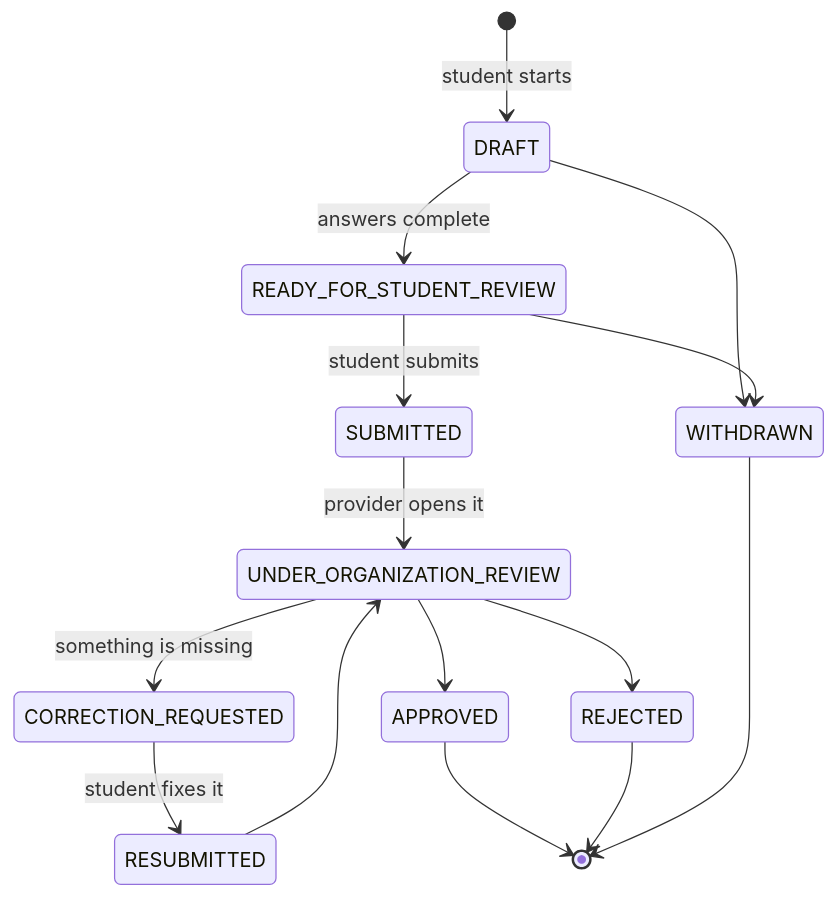
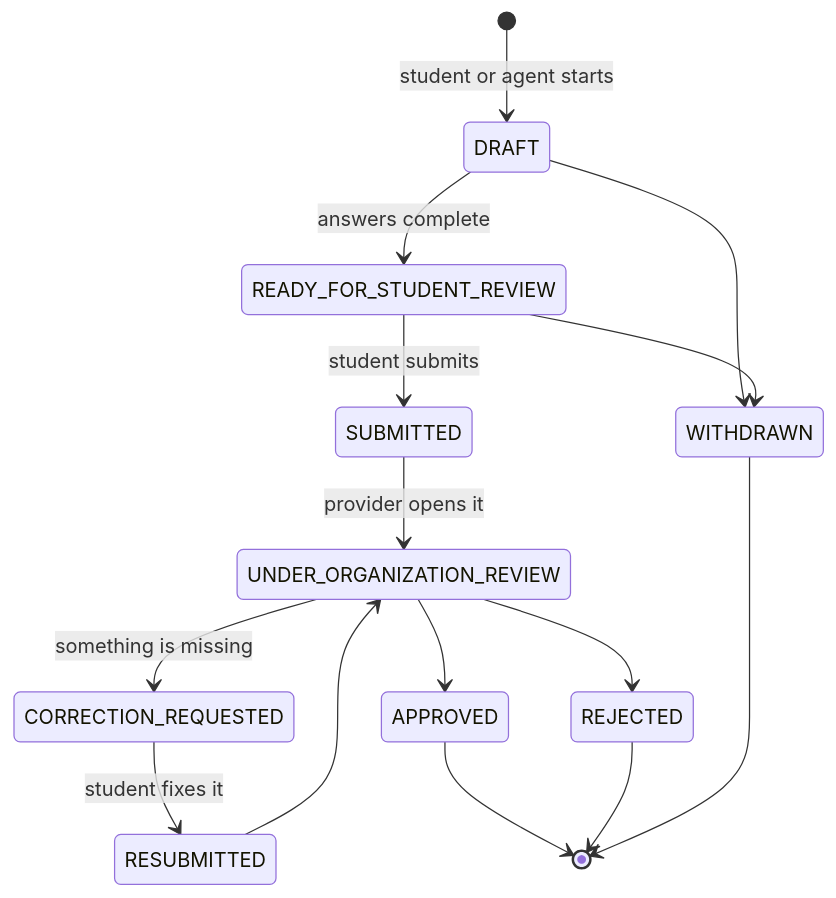
Before and after one commit to 23110572-hash/Scholarsaathi: the eighth of 8 diagrams in README.md, drawn with Mermaid. The commit also changed other lines of this file, not shown here.

````diff
--- a/README.md
+++ b/README.md
@@ -323,17 +435,17 @@
 ```mermaid
 stateDiagram-v2
-    [*] --> DRAFT: student starts
+    [*] --> DRAFT: student or agent starts
     DRAFT --> READY_FOR_STUDENT_REVIEW: answers complete
     READY_FOR_STUDENT_REVIEW --> SUBMITTED: student submits
     SUBMITTED --> UNDER_ORGANIZATION_REVIEW: provider opens it
     UNDER_ORGANIZATION_REVIEW --> CORRECTION_REQUESTED: something is missing
     CORRECTION_REQUESTED --> RESUBMITTED: student fixes it
     RESUBMITTED --> UNDER_ORGANIZATION_REVIEW
     UNDER_ORGANIZATION_REVIEW --> APPROVED
     UNDER_ORGANIZATION_REVIEW --> REJECTED
     DRAFT --> WITHDRAWN
     READY_FOR_STUDENT_REVIEW --> WITHDRAWN
     APPROVED --> [*]
     REJECTED --> [*]
     WITHDRAWN --> [*]
 ```
````
